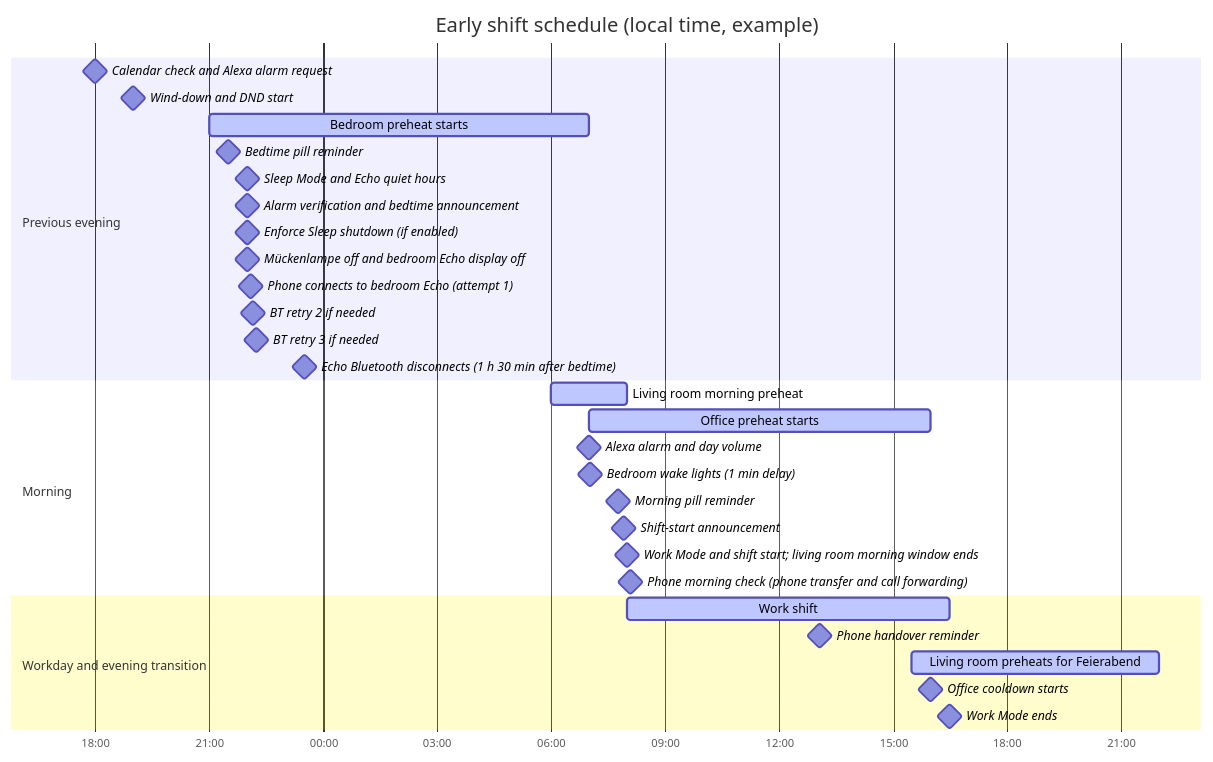
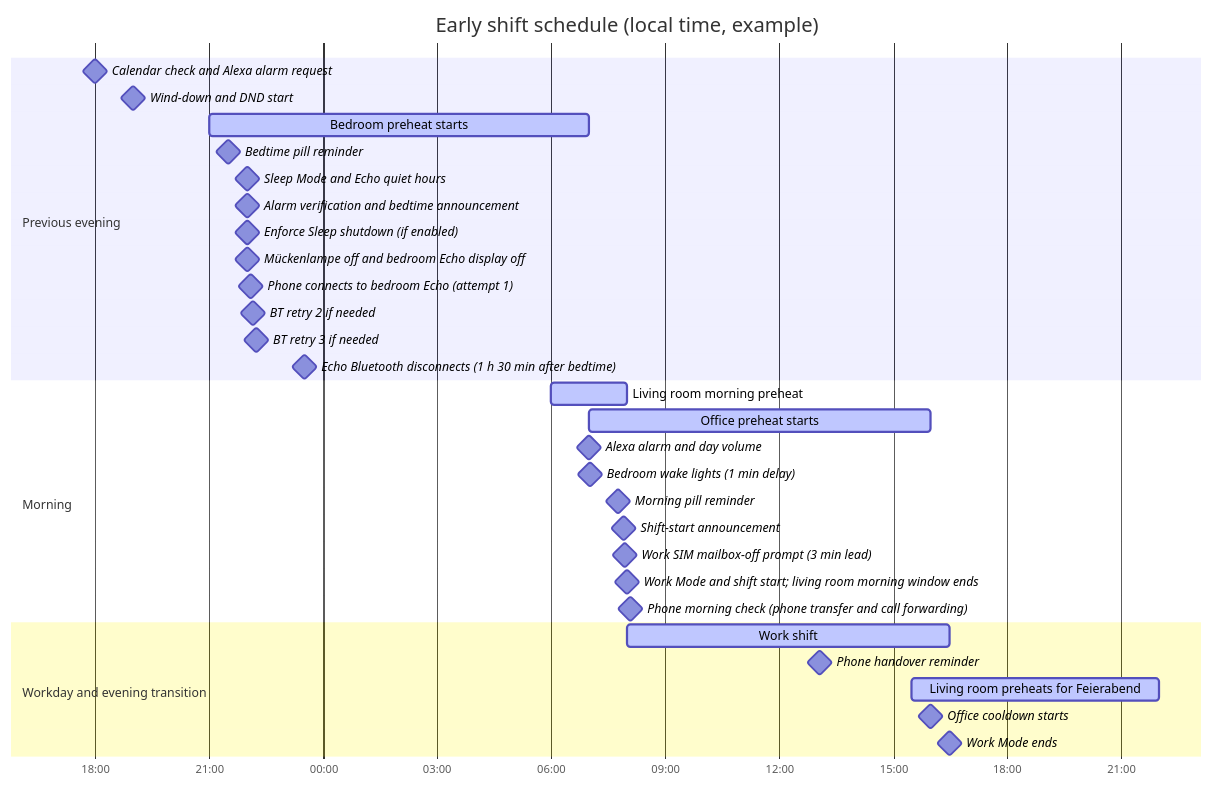
One commit to theniwo/homeassistant changed the third of 3 diagrams in README.md. Above: the diagram before and after it, drawn with Mermaid. The commit also changed other lines of this file and 7 other files, not shown here.

Commit message:
✨ feat(work-mode): add configurable mailbox lead

````diff
--- a/README.md
+++ b/README.md
@@ -196,34 +197,35 @@
 ```mermaid
 gantt
     title Early shift schedule (local time, example)
     dateFormat YYYY-MM-DD HH:mm
     axisFormat %H:%M
     section Previous evening
     Calendar check and Alexa alarm request :milestone, 2026-10-27 18:00, 0m
     Wind-down and DND start :milestone, 2026-10-27 19:00, 0m
     Bedroom preheat starts :active, 2026-10-27 21:00, 600m
     Bedtime pill reminder :milestone, 2026-10-27 21:30, 0m
     Sleep Mode and Echo quiet hours :milestone, 2026-10-27 22:00, 0m
     Alarm verification and bedtime announcement :milestone, 2026-10-27 22:00, 0m
     Enforce Sleep shutdown (if enabled) :milestone, 2026-10-27 22:00, 0m
     Mückenlampe off and bedroom Echo display off :milestone, 2026-10-27 22:00, 0m
     Phone connects to bedroom Echo (attempt 1) :milestone, 2026-10-27 22:05, 0m
     BT retry 2 if needed :milestone, 2026-10-27 22:10, 0m
     BT retry 3 if needed :milestone, 2026-10-27 22:15, 0m
     Echo Bluetooth disconnects (1 h 30 min after bedtime) :milestone, 2026-10-27 23:30, 0m
     section Morning
     Living room morning preheat :active, 2026-10-28 06:00, 120m
     Office preheat starts :active, 2026-10-28 07:00, 540m
     Alexa alarm and day volume :milestone, 2026-10-28 07:00, 0m
     Bedroom wake lights (1 min delay) :milestone, 2026-10-28 07:01, 0m
     Morning pill reminder :milestone, 2026-10-28 07:45, 0m
     Shift-start announcement :milestone, 2026-10-28 07:55, 0m
+    Work SIM mailbox-off prompt (3 min lead) :milestone, 2026-10-28 07:57, 0m
     Work Mode and shift start; living room morning window ends :milestone, 2026-10-28 08:00, 0m
     Phone morning check (phone transfer and call forwarding) :milestone, 2026-10-28 08:05, 0m
     section Workday and evening transition
     Work shift :active, 2026-10-28 08:00, 510m
     Phone handover reminder :milestone, 2026-10-28 13:05, 0m
     Living room preheats for Feierabend :active, 2026-10-28 15:30, 390m
     Office cooldown starts :milestone, 2026-10-28 16:00, 0m
     Work Mode ends :milestone, 2026-10-28 16:30, 0m
 ```
````
